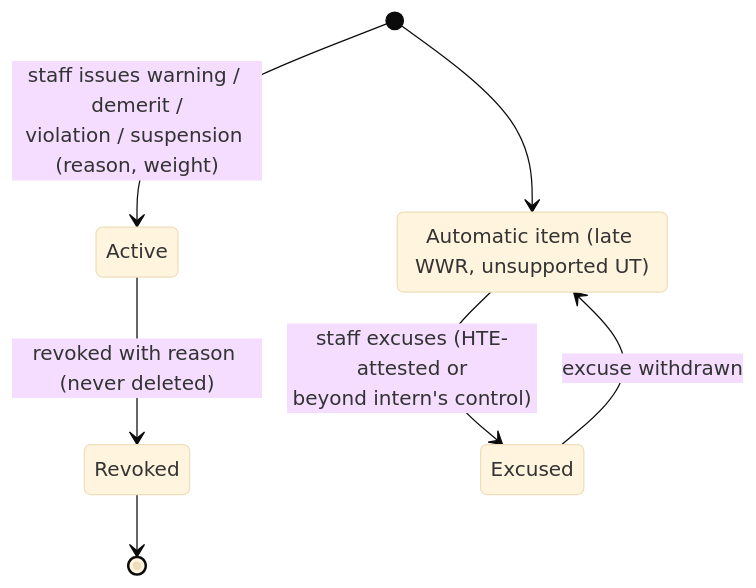
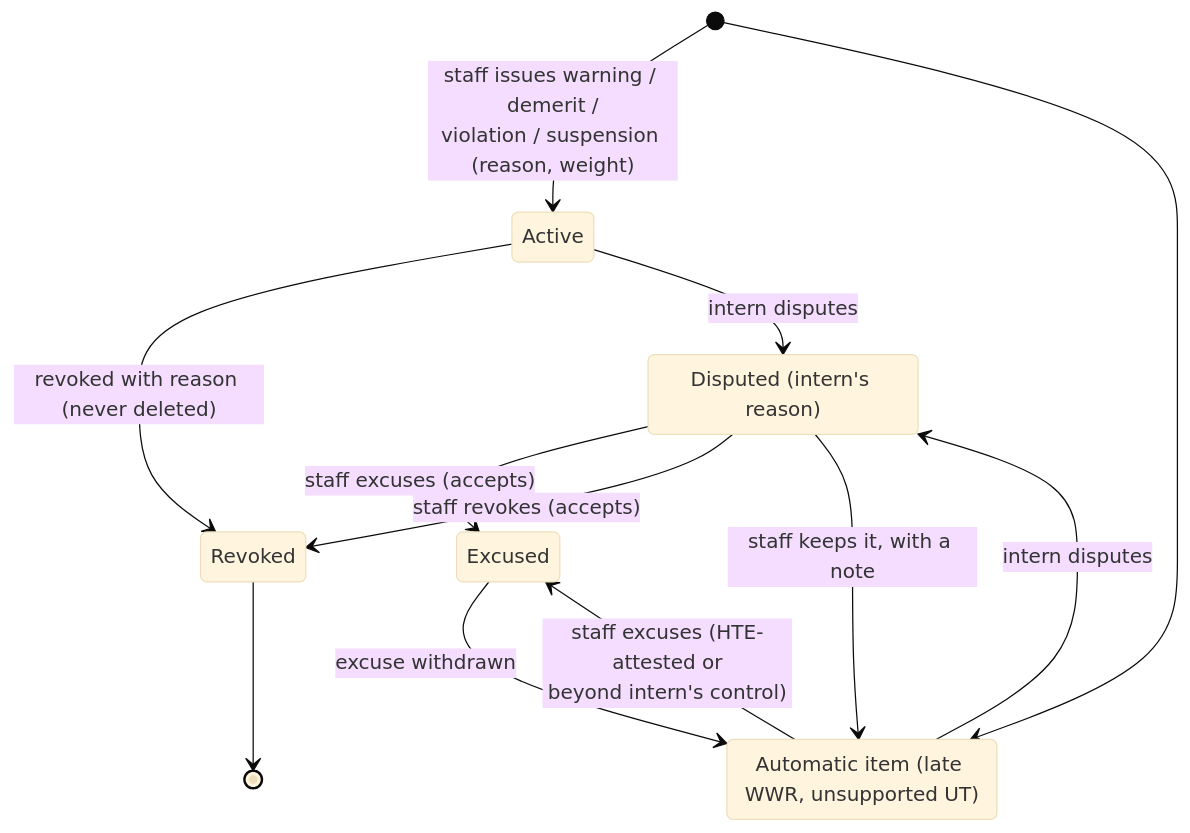
One commit to team-beacon-slu/idsms-cis changed diagram 17 of 21 in docs/system/13-app-flow.md. Above: the diagram before and after it, drawn with Mermaid (base theme). The commit also changed 19 other files, not shown here.

````diff
--- a/docs/system/13-app-flow.md
+++ b/docs/system/13-app-flow.md
@@ -379,10 +379,16 @@
 ```mermaid
 stateDiagram-v2
     [*] --> Active: staff issues warning / demerit /<br/>violation / suspension (reason, weight)
     Active --> Revoked: revoked with reason (never deleted)
     Revoked --> [*]
     state "Automatic item (late WWR, unsupported UT)" as Auto
     [*] --> Auto
     Auto --> Excused: staff excuses (HTE-attested or<br/>beyond intern's control)
     Excused --> Auto: excuse withdrawn
+    state "Disputed (intern's reason)" as Disputed
+    Auto --> Disputed: intern disputes
+    Active --> Disputed: intern disputes
+    Disputed --> Excused: staff excuses (accepts)
+    Disputed --> Revoked: staff revokes (accepts)
+    Disputed --> Auto: staff keeps it, with a note
 ```
````
